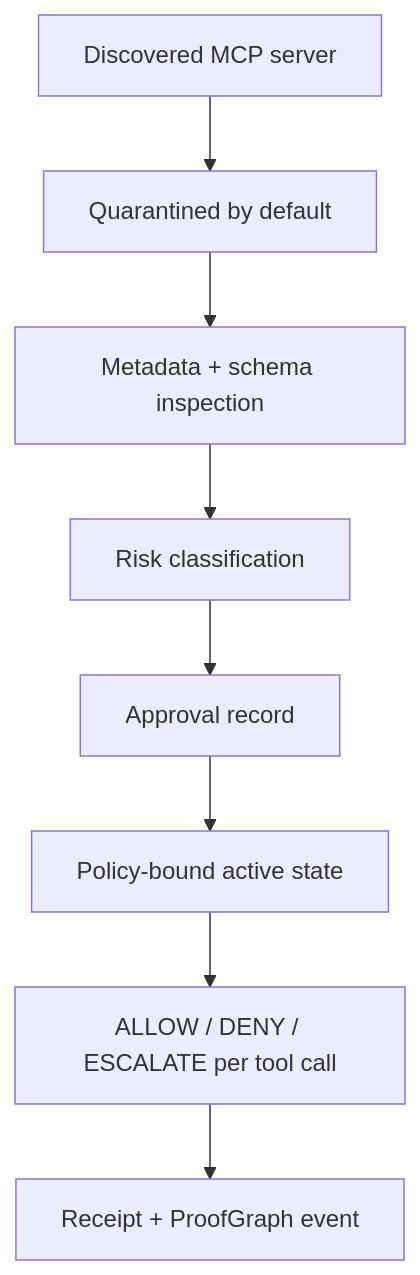
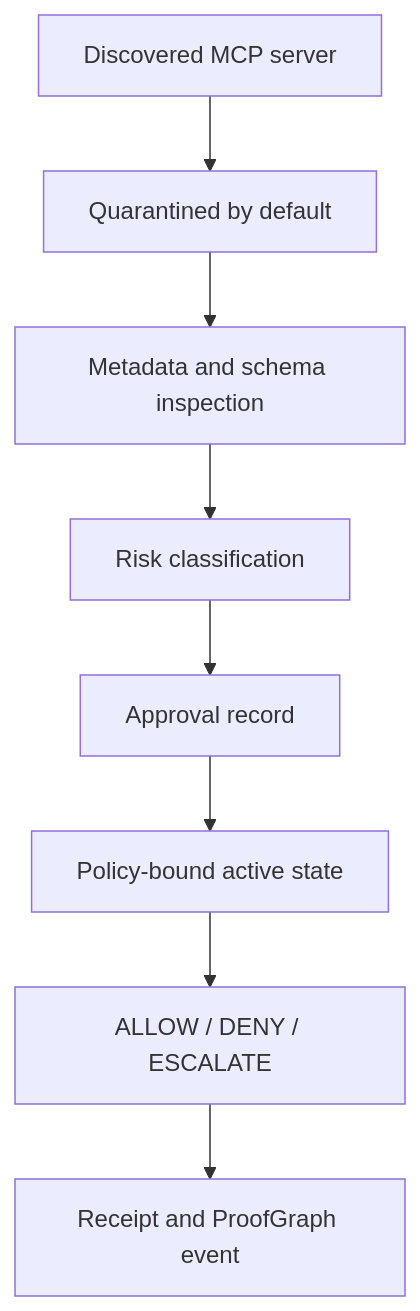
Before and after one commit to Mindburn-Labs/helm-ai-kernel: the second of 2 diagrams in README.md, drawn with Mermaid. The commit also changed other lines of this file and 1 other file, not shown here.

````diff
--- a/README.md
+++ b/README.md
@@ -150,10 +142,10 @@
 ```mermaid
 flowchart TD
-    A["Discovered MCP server"] --> B["Quarantined by default"]
-    B --> C["Metadata + schema inspection"]
-    C --> D["Risk classification"]
-    D --> E["Approval record"]
-    E --> F["Policy-bound active state"]
-    F --> G["ALLOW / DENY / ESCALATE per tool call"]
-    G --> H["Receipt + ProofGraph event"]
+    Server["Discovered MCP server"] --> Quarantine["Quarantined by default"]
+    Quarantine --> Inspect["Metadata and schema inspection"]
+    Inspect --> Risk["Risk classification"]
+    Risk --> Approval["Approval record"]
+    Approval --> Active["Policy-bound active state"]
+    Active --> Decision["ALLOW / DENY / ESCALATE"]
+    Decision --> Proof["Receipt and ProofGraph event"]
 ```
````
